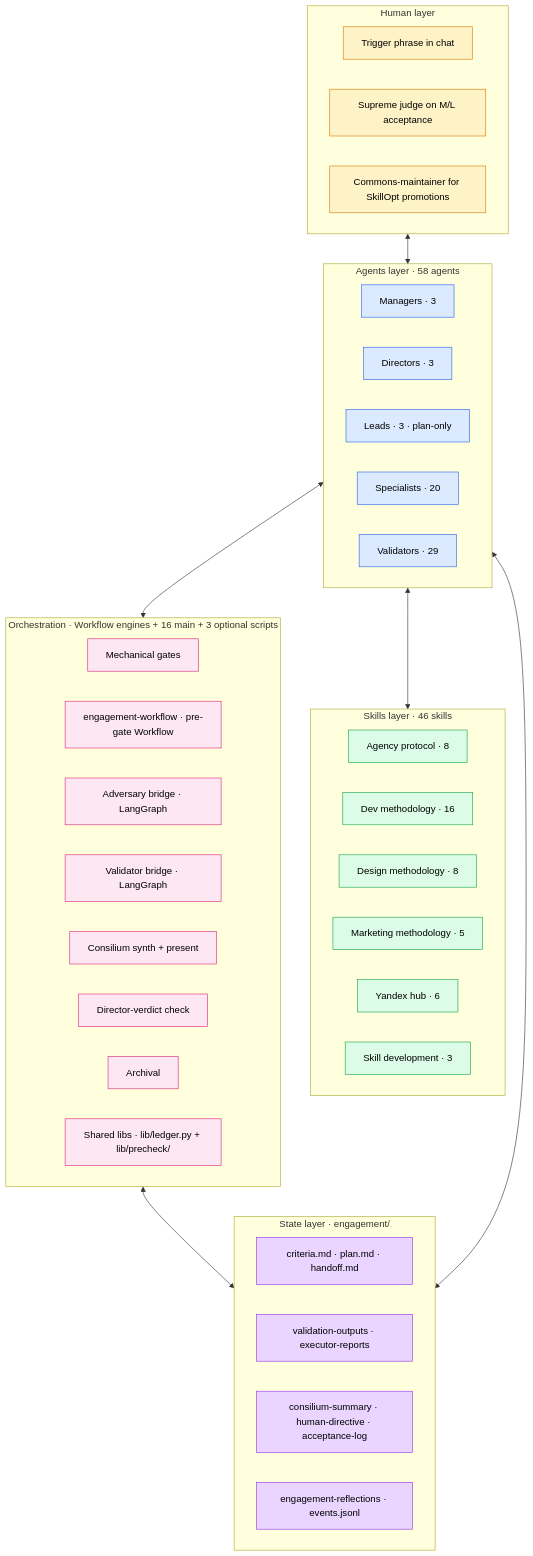
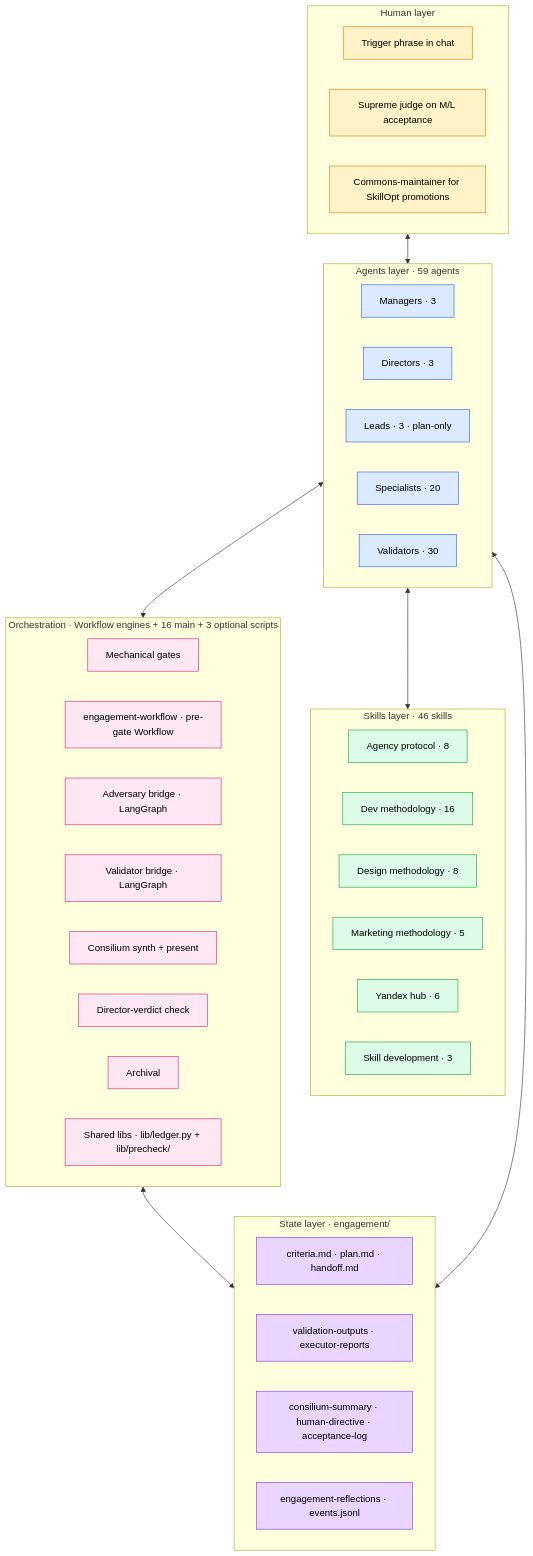
One commit to AgentShekel/agentic-workflow changed the first of 6 diagrams in ARCHITECTURE.md. Above: the diagram before and after it, drawn with Mermaid. The commit also changed other lines of this file and 31 other files, not shown here.

````diff
--- a/ARCHITECTURE.md
+++ b/ARCHITECTURE.md
@@ -97,61 +106,61 @@
 ```mermaid
 flowchart TB
     subgraph Human ["Human layer"]
         H1[Trigger phrase in chat]
         H2[Supreme judge on M/L acceptance]
         H3[Commons-maintainer for SkillOpt promotions]
     end
 
-    subgraph Agents ["Agents layer · 58 agents"]
+    subgraph Agents ["Agents layer · 59 agents"]
         AM[Managers · 3]
         AD[Directors · 3]
         AL[Leads · 3 · plan-only]
         AS[Specialists · 20]
-        AV[Validators · 29]
+        AV[Validators · 30]
     end
 
     subgraph Skills ["Skills layer · 46 skills"]
         SK1[Agency protocol · 8]
         SK2[Dev methodology · 16]
         SK3[Design methodology · 8]
         SK4[Marketing methodology · 5]
         SK5[Yandex hub · 6]
         SK6[Skill development · 3]
     end
 
     subgraph Orch ["Orchestration · Workflow engines + 16 main + 3 optional scripts"]
         O1[Mechanical gates]
         O2[engagement-workflow · pre-gate Workflow]
         O3[Adversary bridge · LangGraph]
         O4[Validator bridge · LangGraph]
         O5[Consilium synth + present]
         O6[Director-verdict check]
         O7[Archival]
         O8[Shared libs · lib/ledger.py + lib/precheck/]
     end
 
     subgraph State ["State layer · engagement/"]
         ST1[criteria.md · plan.md · handoff.md]
         ST2[validation-outputs · executor-reports]
         ST3[consilium-summary · human-directive · acceptance-log]
         ST4[engagement-reflections · events.jsonl]
     end
 
     Human <--> Agents
     Agents <--> Skills
     Agents <--> Orch
     Orch <--> State
     Agents <--> State
 
     classDef human fill:#fef3c7,stroke:#d97706,color:#000
     classDef agents fill:#dbeafe,stroke:#2563eb,color:#000
     classDef skills fill:#dcfce7,stroke:#16a34a,color:#000
     classDef orch fill:#fce7f3,stroke:#db2777,color:#000
     classDef state fill:#e9d5ff,stroke:#9333ea,color:#000
 
     class H1,H2,H3 human
     class AM,AD,AL,AS,AV agents
     class SK1,SK2,SK3,SK4,SK5,SK6 skills
     class O1,O2,O3,O4,O5,O6,O7,O8 orch
     class ST1,ST2,ST3,ST4 state
 ```
````
